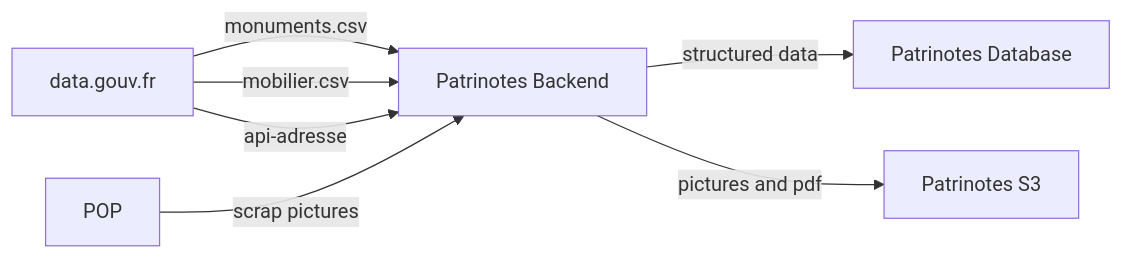
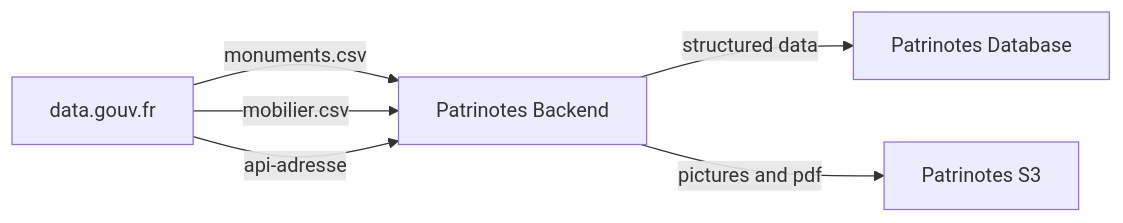
One commit to betagouv/patrinotes changed the second of 2 diagrams in README.md. Above: the diagram before and after it, drawn with Mermaid. The commit also changed other lines of this file and 2 other files, not shown here.

Commit message:
chore(pop): suppression de la récupération des photos POP par scraping

````diff
--- a/README.md
+++ b/README.md
@@ -45,15 +45,12 @@
 ```mermaid
 graph LR
     Backend[Patrinotes Backend]
     DataGouv[data.gouv.fr]
-    POP[POP]
 
     DataGouv -->|monuments.csv| Backend
     DataGouv -->|mobilier.csv| Backend
     DataGouv -->|api-adresse| Backend
 
-    POP -->|scrap pictures| Backend
-
     Backend -->|structured data| PatrinotesDB[Patrinotes Database]
     Backend -->|pictures and pdf| PatrinotesS3[Patrinotes S3]
 ```
````
